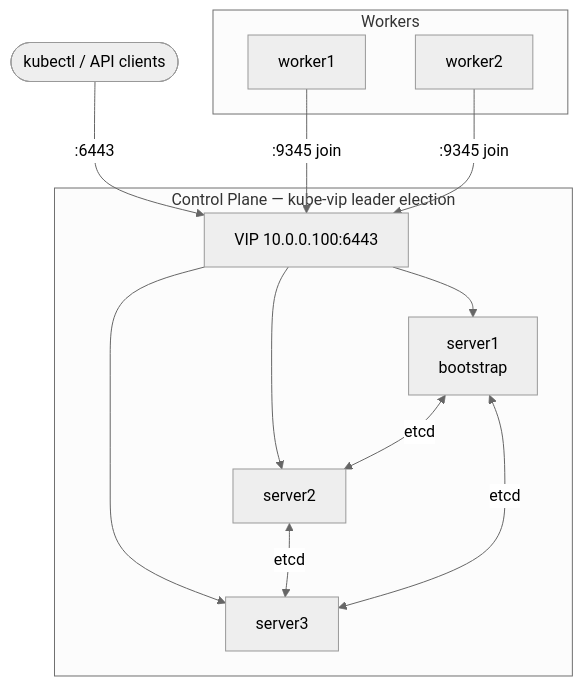
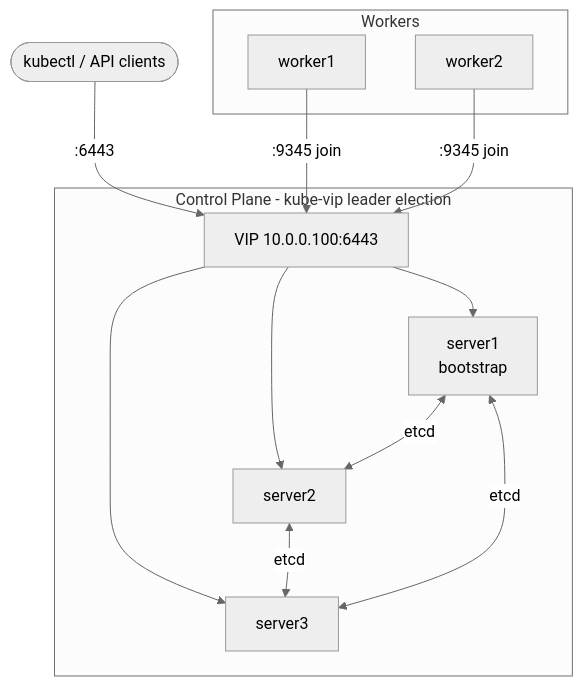
The first of 2 diagrams in README.md (devopsgroupeu/ansible-role-rke2), drawn with Mermaid (neutral theme) before and after one commit. The commit also changed other lines of this file and 67 other files, not shown here.

````diff
--- a/README.md
+++ b/README.md
@@ -427,25 +462,25 @@
 ```mermaid
 graph TD
     client(["kubectl / API clients"])
 
-    subgraph cp["Control Plane — kube-vip leader election"]
+    subgraph cp["Control Plane - kube-vip leader election"]
         vip["VIP 10.0.0.100:6443"]
         s1["server1\nbootstrap"]
         s2["server2"]
         s3["server3"]
     end
 
     subgraph workers["Workers"]
         w1["worker1"]
         w2["worker2"]
     end
 
     client -->|":6443"| vip
     vip --> s1
     vip --> s2
     vip --> s3
     s1 <-->|"etcd"| s2
     s2 <-->|"etcd"| s3
     s1 <-->|"etcd"| s3
     w1 & w2 -->|":9345 join"| vip
 ```
````
